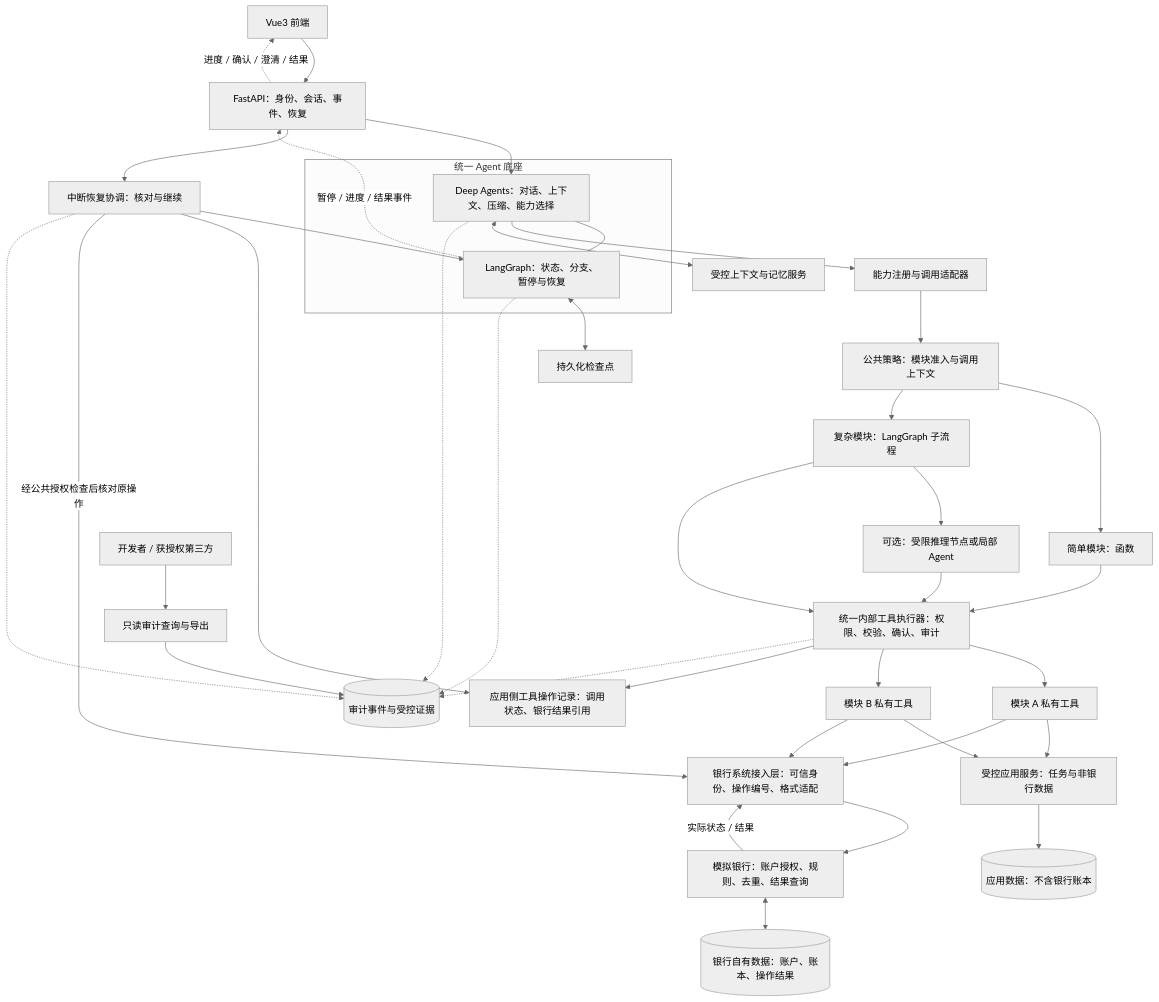
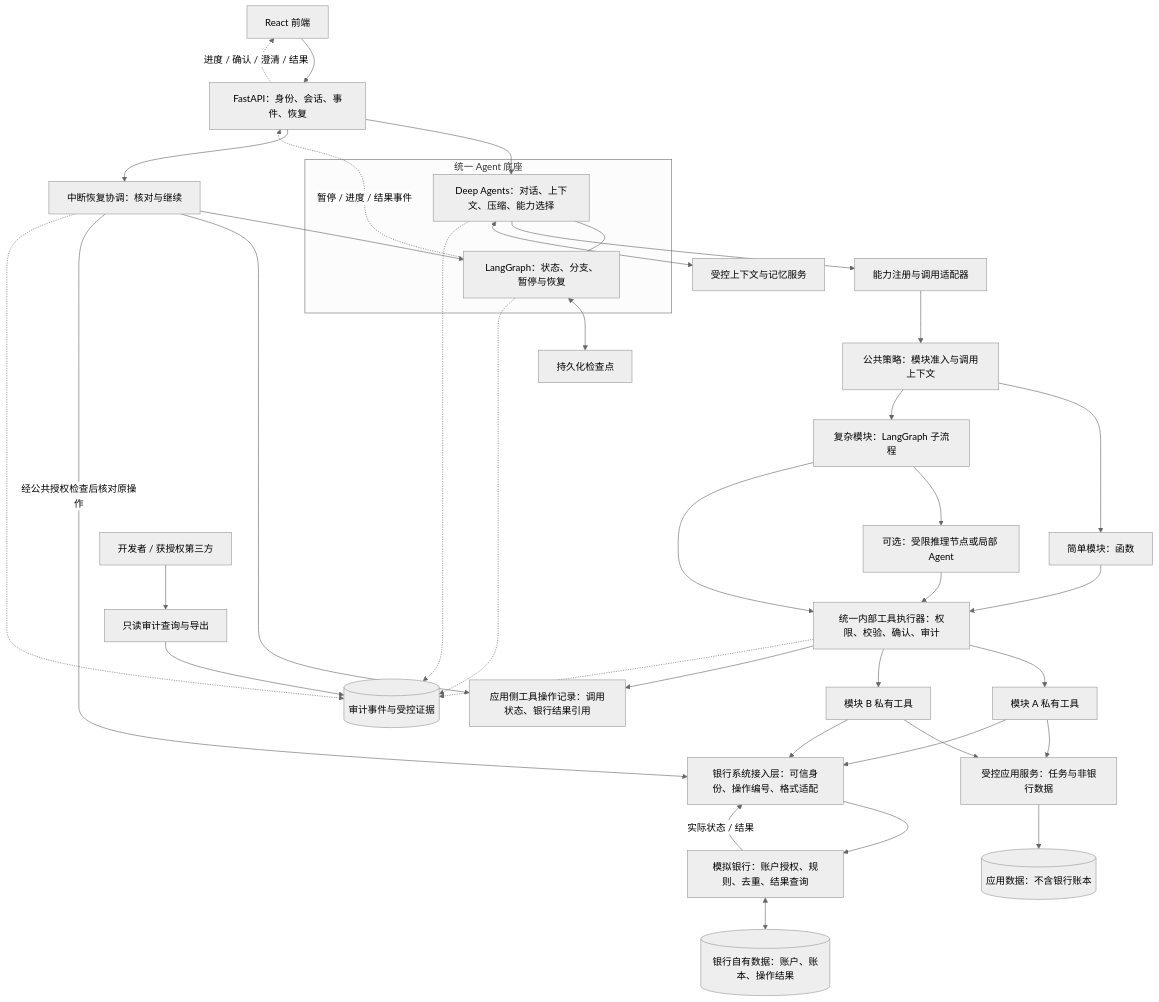
Before and after one commit to DrErwin/hackerthon-bank-agent: the second of 3 diagrams in docs/architecture/system-framework-2026-09-19.md, drawn with Mermaid (neutral theme). The commit also changed other lines of this file and 76 other files, not shown here.

````diff
--- a/docs/architecture/system-framework-2026-09-19.md
+++ b/docs/architecture/system-framework-2026-09-19.md
@@ -134,43 +134,43 @@
 ```mermaid
 flowchart TB
-    UI["Vue3 前端"] --> API["FastAPI：身份、会话、事件、恢复"]
+    UI["React 前端"] --> API["FastAPI：身份、会话、事件、恢复"]
     subgraph BASE["统一 Agent 底座"]
         H["Deep Agents：对话、上下文、压缩、能力选择"]
         R["LangGraph：状态、分支、暂停与恢复"]
         H --- R
     end
     API --> H
     R -.->|"暂停 / 进度 / 结果事件"| API
     API -.->|"进度 / 确认 / 澄清 / 结果"| UI
     H --> REG["能力注册与调用适配器"]
     REG --> ENTRY["公共策略：模块准入与调用上下文"]
     ENTRY --> A["简单模块：函数"]
     ENTRY --> B["复杂模块：LangGraph 子流程"]
     B --> REASON["可选：受限推理节点或局部 Agent"]
     A --> GUARD["统一内部工具执行器：权限、校验、确认、审计"]
     B --> GUARD
     REASON --> GUARD
     GUARD --> TA["模块 A 私有工具"]
     GUARD --> TB["模块 B 私有工具"]
     TA --> SVC["受控应用服务：任务与非银行数据"]
     TB --> SVC
     SVC --> DB[("应用数据：不含银行账本")]
     TA --> BC["银行系统接入层：可信身份、操作编号、格式适配"]
     TB --> BC
     BC --> BANK["模拟银行：账户授权、规则、去重、结果查询"]
     BANK -->|"实际状态 / 结果"| BC
     BANK <--> BANKDB[("银行自有数据：账户、账本、操作结果")]
     H <--> MEM["受控上下文与记忆服务"]
     R <--> CP["持久化检查点"]
     API --> REC["中断恢复协调：核对与继续"]
     REC --> R
     REC --> OPS["应用侧工具操作记录：调用状态、银行结果引用"]
     REC -->|"经公共授权检查后核对原操作"| BC
     GUARD --> OPS
     H -.-> AUD[("审计事件与受控证据")]
     R -.-> AUD
     GUARD -.-> AUD
     REC -.-> AUD
     REVIEW["开发者 / 获授权第三方"] --> VIEW["只读审计查询与导出"]
     VIEW --> AUD
 ```
````
